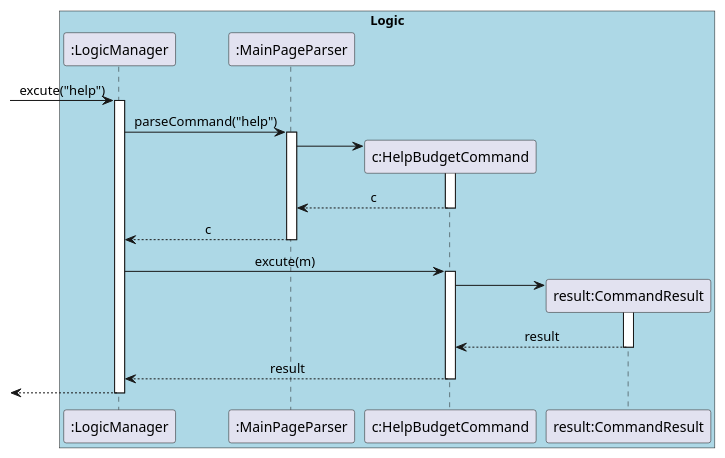
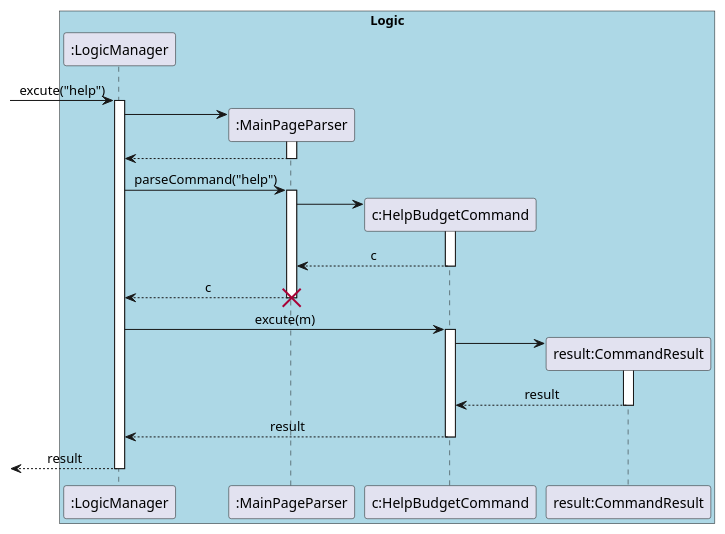
The diagram in docs/diagrams/commandsPlantUML/HelpCommand.puml (yu-ming-chen/tp), drawn with PlantUML before and after one commit. The commit also changed 12 other files, not shown here.

Commit message:
Edit sequence diagram in Dg

```diff
--- a/docs/diagrams/commandsPlantUML/HelpCommand.puml
+++ b/docs/diagrams/commandsPlantUML/HelpCommand.puml
@@ -1,41 +1,47 @@
 @startuml
 skinparam Sequence {
     MessageAlign center
 }
 box "Logic" #LightBlue
 participant ":LogicManager" as LM
 participant ":MainPageParser" as MPP
 participant "c:HelpBudgetCommand" as HBC
 participant "result:CommandResult" as CR
 end box
 
 [-> LM : excute("help")
 activate LM
+create MPP
+LM -> MPP
+activate MPP
+LM <-- MPP
+deactivate MPP
 LM -> MPP : parseCommand("help")
 activate MPP
 
 create HBC
 MPP -> HBC
 activate HBC
 MPP <-- HBC : c
 deactivate HBC
 
 LM <-- MPP : c
 deactivate MPP
+destroy MPP
 
 
 LM -> HBC: excute(m)
 activate HBC
 
 create CR
 HBC -> CR
 activate CR
 HBC <-- CR : result
 deactivate CR
 
 LM <-- HBC: result
 deactivate HBC
-[<-- LM
+[<-- LM: result
 deactivate LM
 
 @enduml
```
